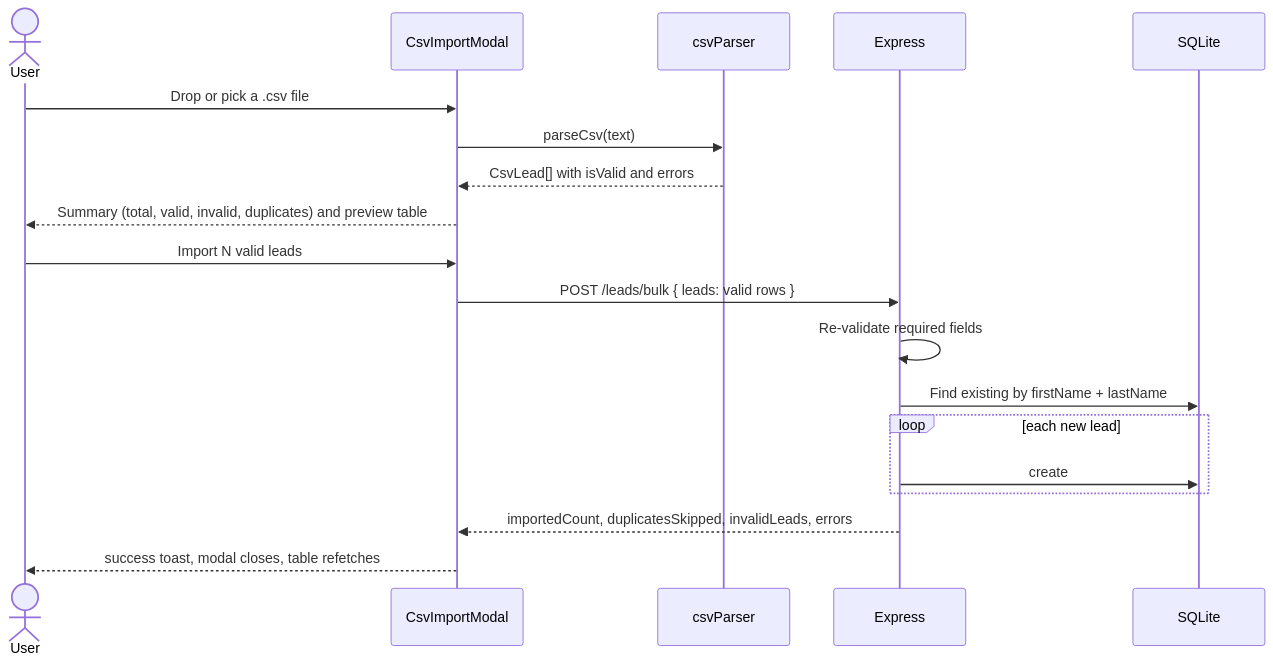
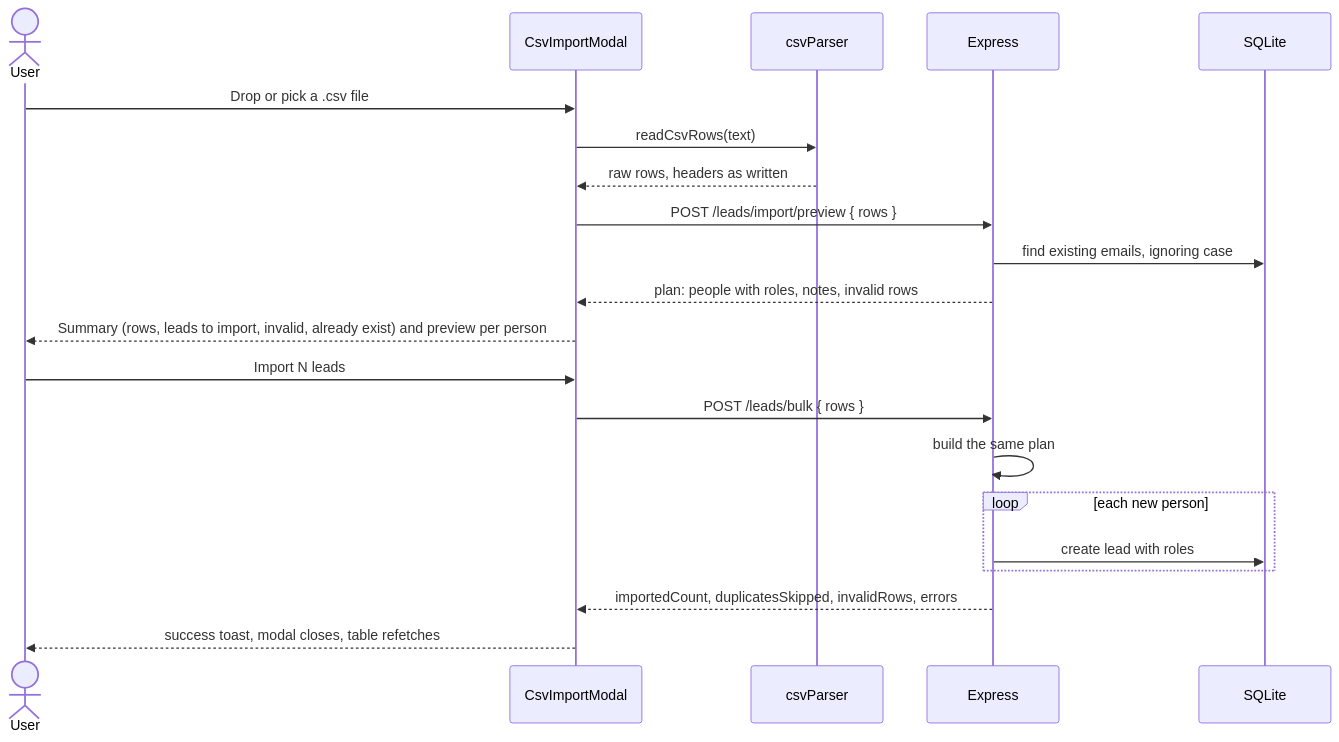
Before and after one commit to Genesy-AI/technical-task-sergi-cortes: the second of 4 diagrams in design/architecture/04-features.md, drawn with Mermaid. The commit also changed other lines of this file and 9 other files, not shown here.

First line of the commit message:
docs: document the lead field registry, role history, and import plan

````diff
--- a/design/architecture/04-features.md
+++ b/design/architecture/04-features.md
@@ -46,22 +46,24 @@
 ```mermaid
 sequenceDiagram
     actor U as User
     participant M as CsvImportModal
     participant P as csvParser
     participant API as Express
     participant DB as SQLite
 
     U->>M: Drop or pick a .csv file
-    M->>P: parseCsv(text)
-    P-->>M: CsvLead[] with isValid and errors
-    M-->>U: Summary (total, valid, invalid, duplicates) and preview table
-    U->>M: Import N valid leads
-    M->>API: POST /leads/bulk { leads: valid rows }
-    API->>API: Re-validate required fields
-    API->>DB: Find existing by firstName + lastName
-    loop each new lead
-        API->>DB: create
+    M->>P: readCsvRows(text)
+    P-->>M: raw rows, headers as written
+    M->>API: POST /leads/import/preview { rows }
+    API->>DB: find existing emails, ignoring case
+    API-->>M: plan: people with roles, notes, invalid rows
+    M-->>U: Summary (rows, leads to import, invalid, already exist) and preview per person
+    U->>M: Import N leads
+    M->>API: POST /leads/bulk { rows }
+    API->>API: build the same plan
+    loop each new person
+        API->>DB: create lead with roles
     end
-    API-->>M: importedCount, duplicatesSkipped, invalidLeads, errors
+    API-->>M: importedCount, duplicatesSkipped, invalidRows, errors
     M-->>U: success toast, modal closes, table refetches
 ```
````
